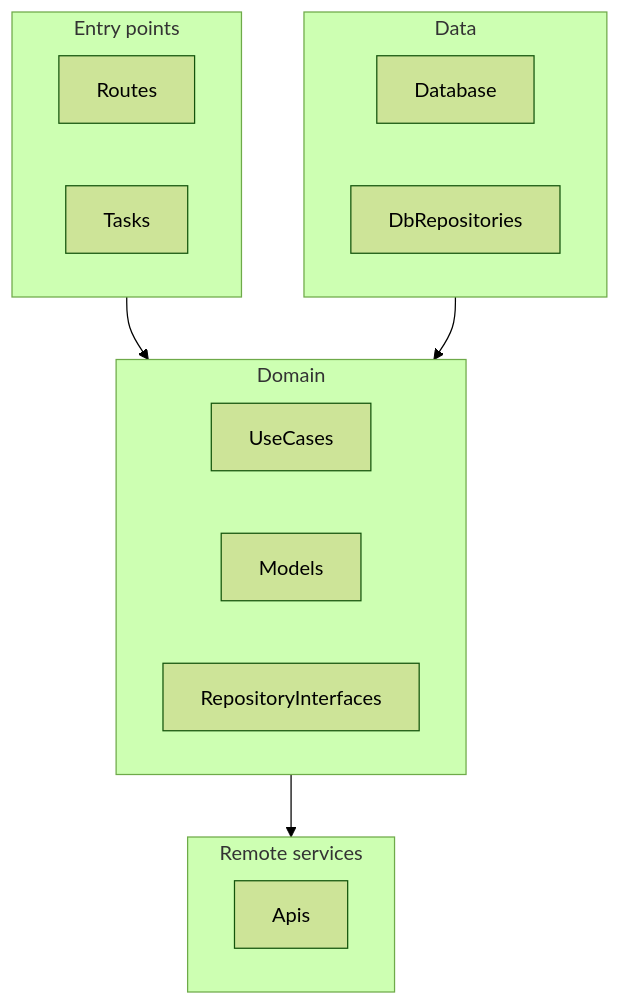
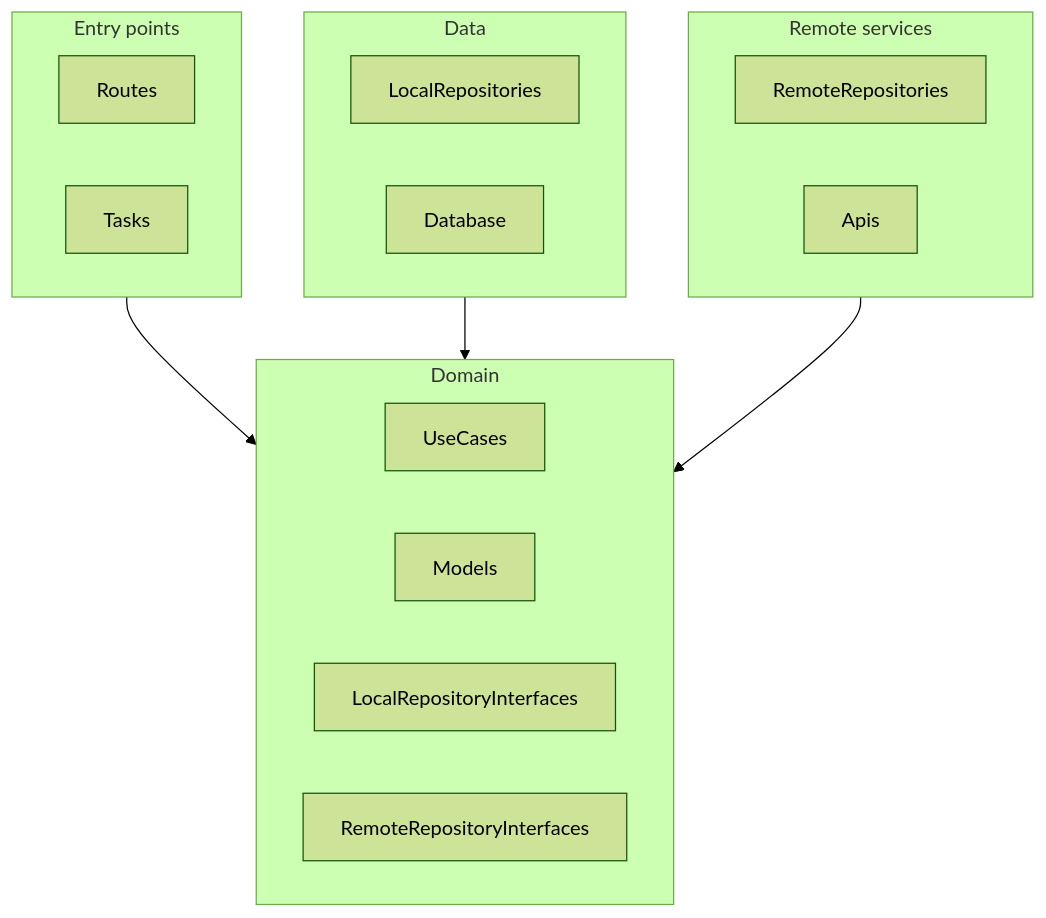
One commit to caarmen/withings-slack changed the first of 4 diagrams in docs/architecture.md. Above: the diagram before and after it, drawn with Mermaid (forest theme). The commit also changed other lines of this file, not shown here.

First line of the commit message:
Update architecture schema with target architecture.

````diff
--- a/docs/architecture.md
+++ b/docs/architecture.md
@@ -6,24 +6,26 @@
 ```mermaid
 graph TD
 
     subgraph EntryPoints[Entry points]
         Routes
         Tasks
     end
     subgraph Domain
         UseCases
         Models
-        RepositoryInterfaces
+        LocalRepositoryInterfaces
+        RemoteRepositoryInterfaces
     end
     subgraph Data
+        LocalRepositories
         Database
-        DbRepositories
     end
     subgraph RemoteServices[Remote services]
+        RemoteRepositories
         Apis
     end
 
     EntryPoints-->Domain
     Data-->Domain
-    Domain-->RemoteServices
+    RemoteServices-->Domain
 ```
````
